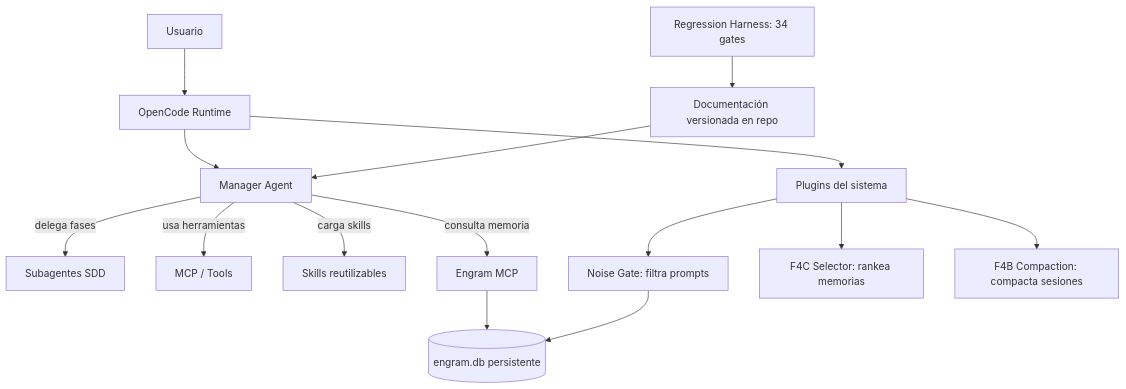
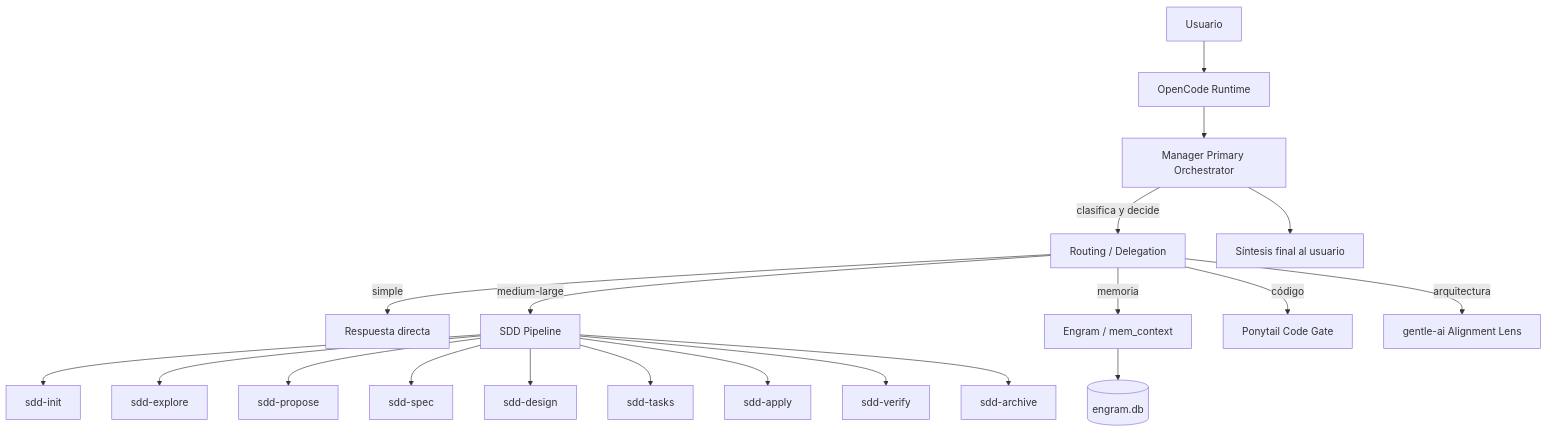
Before and after one commit to harrysxavio/opencode-architecture: the first of 9 diagrams in README.md, drawn with Mermaid. The commit also changed other lines of this file and 5 other files, not shown here.

````diff
--- a/README.md
+++ b/README.md
@@ -112,22 +109,25 @@
 ```mermaid
 flowchart TD
     U[Usuario] --> OC[OpenCode Runtime]
-    OC --> M[Manager Agent]
+    OC --> M[Manager Primary Orchestrator]
 
-    M -->|delega fases| SDD[Subagentes SDD]
-    M -->|usa herramientas| MCP[MCP / Tools]
-    M -->|carga skills| SK[Skills reutilizables]
-    M -->|consulta memoria| EG[Engram MCP]
+    M -->|clasifica y decide| ROUTE[Routing / Delegation]
+    ROUTE -->|simple| DIRECT[Respuesta directa]
+    ROUTE -->|medium-large| SDD[SDD Pipeline]
+    ROUTE -->|memoria| ENG[Engram / mem_context]
+    ROUTE -->|código| PT[Ponytail Code Gate]
+    ROUTE -->|arquitectura| GA[gentle-ai Alignment Lens]
 
-    EG --> DB[(engram.db persistente)]
+    SDD --> INIT[sdd-init]
+    SDD --> EXP[sdd-explore]
+    SDD --> PROP[sdd-propose]
+    SDD --> SPEC[sdd-spec]
+    SDD --> DES[sdd-design]
+    SDD --> TASK[sdd-tasks]
+    SDD --> APPLY[sdd-apply]
+    SDD --> VERIFY[sdd-verify]
+    SDD --> ARCHIVE[sdd-archive]
 
-    OC --> PL[Plugins del sistema]
-    PL --> NG[Noise Gate: filtra prompts]
-    PL --> F4C[F4C Selector: rankea memorias]
-    PL --> F4B[F4B Compaction: compacta sesiones]
-
-    NG --> DB
-
-    DOCS[Documentación versionada en repo] --> M
-    TESTS[Regression Harness: 34 gates] --> DOCS
+    ENG --> DB[(engram.db)]
+    M --> FINAL[Síntesis final al usuario]
 ```
````
